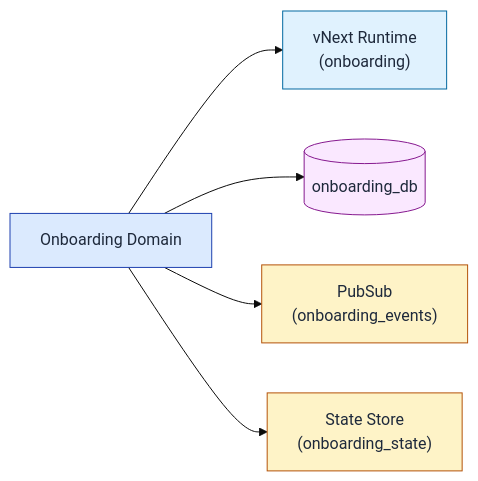
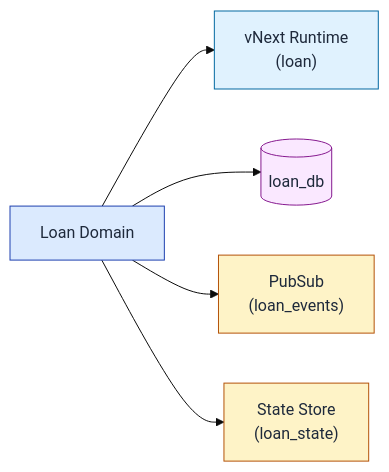
Before and after one commit to burgan-tech/vnext-docs: the first of 6 diagrams in i18n/en/docusaurus-plugin-content-docs-architecture/current/domain-model/topology.md, drawn with Mermaid (base theme). The commit also changed other lines of this file and 21 other files, not shown here.

````diff
--- a/i18n/en/docusaurus-plugin-content-docs-architecture/current/domain-model/topology.md
+++ b/i18n/en/docusaurus-plugin-content-docs-architecture/current/domain-model/topology.md
@@ -27,14 +27,14 @@
 ```mermaid
 graph LR
-  OD["Onboarding Domain"]
-  OD --> RT["vNext Runtime<br/>(onboarding)"]
-  OD --> DB[("onboarding_db")]
-  OD --> PS["PubSub<br/>(onboarding_events)"]
-  OD --> SS["State Store<br/>(onboarding_state)"]
+  OD["Loan Domain"]
+  OD --> RT["vNext Runtime<br/>(loan)"]
+  OD --> DB[("loan_db")]
+  OD --> PS["PubSub<br/>(loan_events)"]
+  OD --> SS["State Store<br/>(loan_state)"]
 
   style OD fill:#dbeafe,stroke:#1e40af,color:#1e293b
   style RT fill:#e0f2fe,stroke:#0369a1,color:#1e293b
   style DB fill:#fae8ff,stroke:#86198f,color:#1e293b
   style PS fill:#fef3c7,stroke:#b45309,color:#1e293b
   style SS fill:#fef3c7,stroke:#b45309,color:#1e293b
 ```
````
